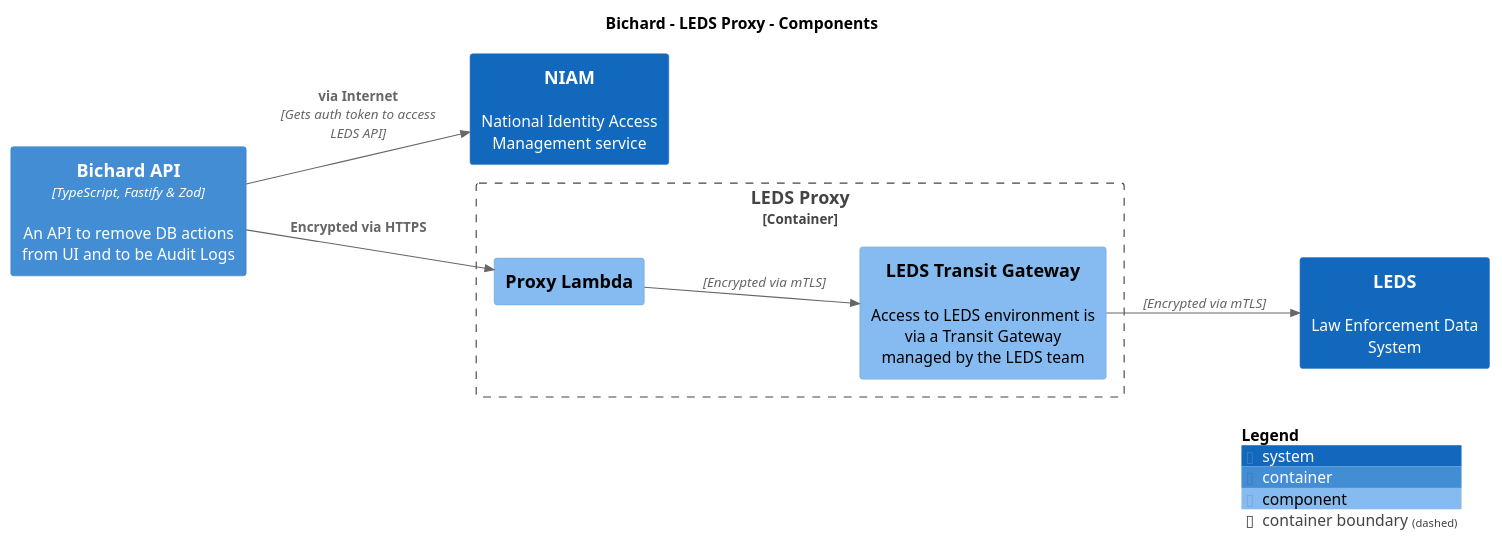
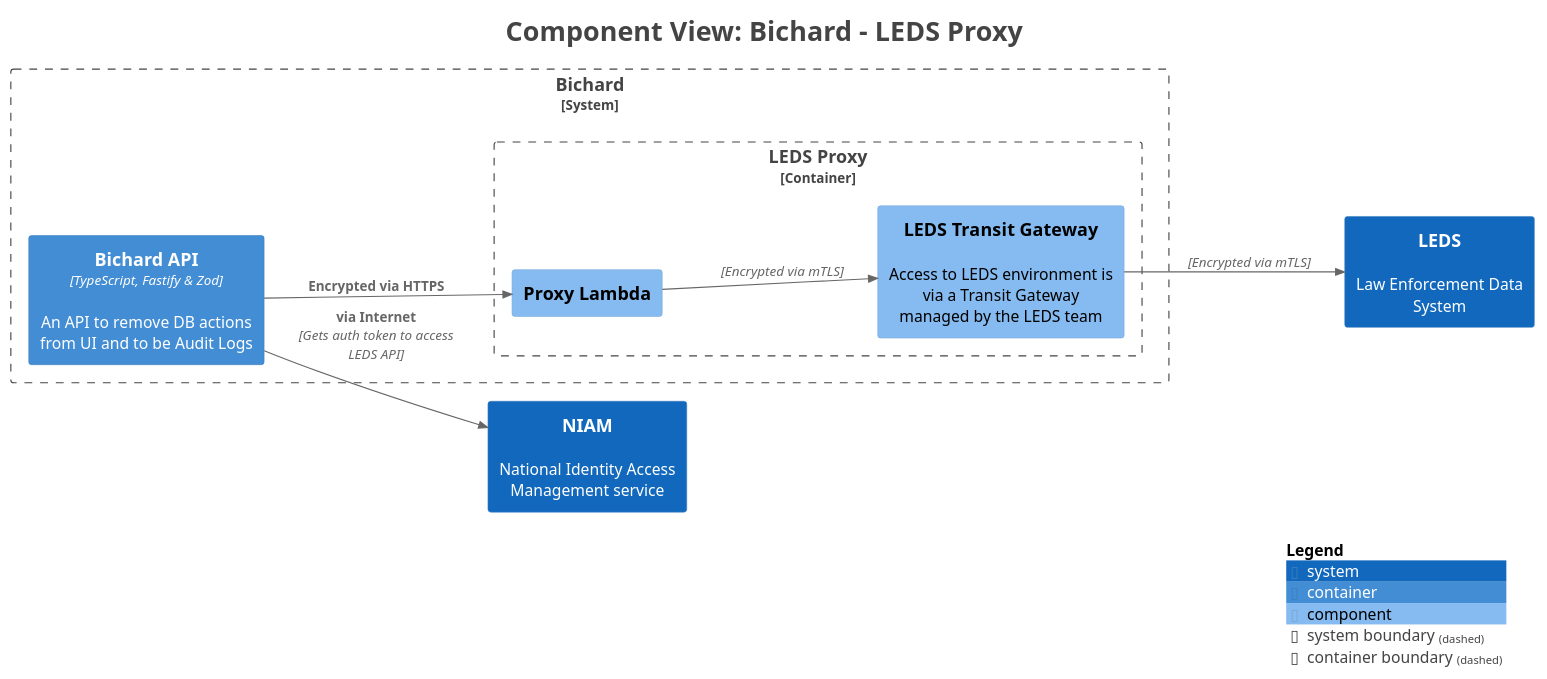
The diagram in main/puml/Component-006.puml (ministryofjustice/bichard7-next-core), drawn with PlantUML before and after one commit. The commit also changed 143 other files, not shown here.

```diff
--- a/main/puml/Component-006.puml
+++ b/main/puml/Component-006.puml
@@ -1,27 +1,38 @@
 @startuml
+title <size:24>Component View: Bichard - LEDS Proxy</size>
+
 set separator none
-title Bichard - LEDS Proxy - Components
+left to right direction
 
-left to right direction
+<style>
+  root {
+    BackgroundColor: #ffffff
+    FontColor: #444444
+  }
+</style>
 
 !include <C4/C4>
 !include <C4/C4_Context>
 !include <C4/C4_Container>
 !include <C4/C4_Component>
 
 System(LEDS, "LEDS", $descr="Law Enforcement Data System", $tags="", $link="")
 System(NIAM, "NIAM", $descr="National Identity Access Management service", $tags="", $link="")
-Container(Bichard.BichardAPI, "Bichard API", $techn="TypeScript, Fastify & Zod", $descr="An API to remove DB actions from UI and to be Audit Logs", $tags="", $link="")
 
-Container_Boundary("Bichard.LEDSProxy_boundary", "LEDS Proxy", $tags="") {
-  Component(Bichard.LEDSProxy.ProxyLambda, "Proxy Lambda", $techn="", $descr="", $tags="", $link="")
-  Component(Bichard.LEDSProxy.LEDSTransitGateway, "LEDS Transit Gateway", $techn="", $descr="Access to LEDS environment is via a Transit Gateway managed by the LEDS team", $tags="", $link="")
+System_Boundary("Bichard_boundary", "Bichard", $tags="") {
+  Container_Boundary("Bichard.LEDSProxy_boundary", "LEDS Proxy", $tags="") {
+    Component(Bichard.LEDSProxy.ProxyLambda, "Proxy Lambda", $techn="", $descr="", $tags="", $link="")
+    Component(Bichard.LEDSProxy.LEDSTransitGateway, "LEDS Transit Gateway", $techn="", $descr="Access to LEDS environment is via a Transit Gateway managed by the LEDS team", $tags="", $link="")
+  }
+
+  Container(Bichard.BichardAPI, "Bichard API", $techn="TypeScript, Fastify & Zod", $descr="An API to remove DB actions from UI and to be Audit Logs", $tags="", $link="")
 }
 
 Rel(Bichard.BichardAPI, Bichard.LEDSProxy.ProxyLambda, "Encrypted via HTTPS", $techn="", $tags="", $link="")
 Rel(Bichard.BichardAPI, NIAM, "via Internet", $techn="Gets auth token to access LEDS API", $tags="", $link="")
 Rel(Bichard.LEDSProxy.ProxyLambda, Bichard.LEDSProxy.LEDSTransitGateway, "", $techn="Encrypted via mTLS", $tags="", $link="")
 Rel(Bichard.LEDSProxy.LEDSTransitGateway, LEDS, "", $techn="Encrypted via mTLS", $tags="", $link="")
 
 SHOW_LEGEND(true)
+hide stereotypes
 @enduml
```
